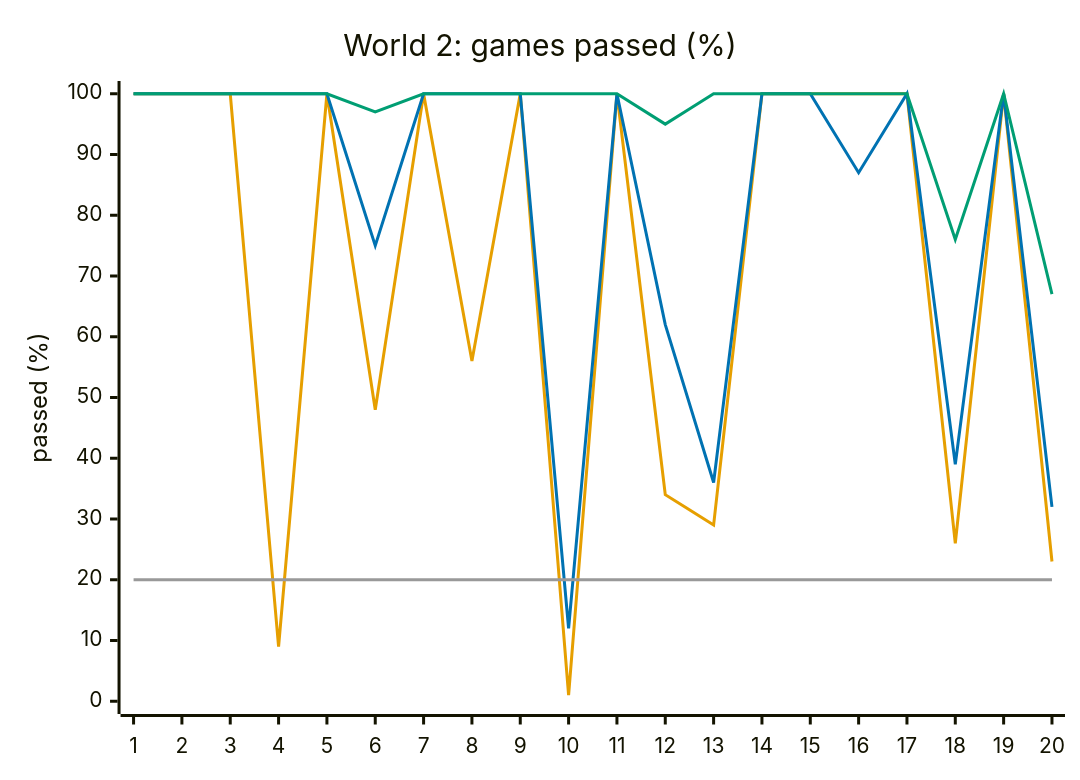
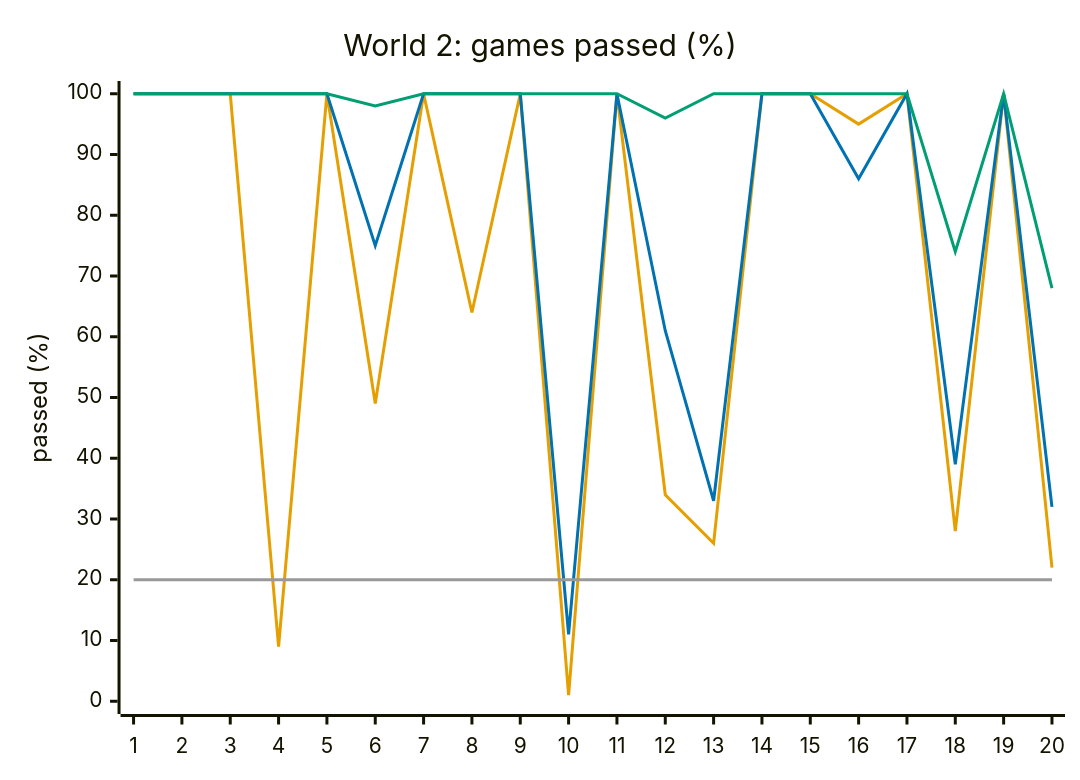
One commit to Pavelya/dots changed the third of 8 diagrams in docs/design/difficulty.md. Above: the diagram before and after it, drawn with Mermaid. The commit also changed other lines of this file and 13 other files, not shown here.

````diff
--- a/docs/design/difficulty.md
+++ b/docs/design/difficulty.md
@@ -168,11 +169,11 @@
 ```mermaid
 %%{init: {"themeVariables": {"xyChart": {"plotColorPalette": "#E69F00, #0072B2, #009E73, #999999"}}}}%%
 xychart-beta
     title "World 2: games passed (%)"
     x-axis ["1", "2", "3", "4", "5", "6", "7", "8", "9", "10", "11", "12", "13", "14", "15", "16", "17", "18", "19", "20"]
     y-axis "passed (%)" 0 --> 100
-    line [100, 100, 100, 9, 100, 48, 100, 56, 100, 1, 100, 34, 29, 100, 100, 100, 100, 26, 100, 23]
-    line [100, 100, 100, 100, 100, 75, 100, 100, 100, 12, 100, 62, 36, 100, 100, 87, 100, 39, 100, 32]
-    line [100, 100, 100, 100, 100, 97, 100, 100, 100, 100, 100, 95, 100, 100, 100, 100, 100, 76, 100, 67]
+    line [100, 100, 100, 9, 100, 49, 100, 64, 100, 1, 100, 34, 26, 100, 100, 95, 100, 28, 100, 22]
+    line [100, 100, 100, 100, 100, 75, 100, 100, 100, 11, 100, 61, 33, 100, 100, 86, 100, 39, 100, 32]
+    line [100, 100, 100, 100, 100, 98, 100, 100, 100, 100, 100, 96, 100, 100, 100, 100, 100, 74, 100, 68]
     line [20, 20, 20, 20, 20, 20, 20, 20, 20, 20, 20, 20, 20, 20, 20, 20, 20, 20, 20, 20]
 ```
````
